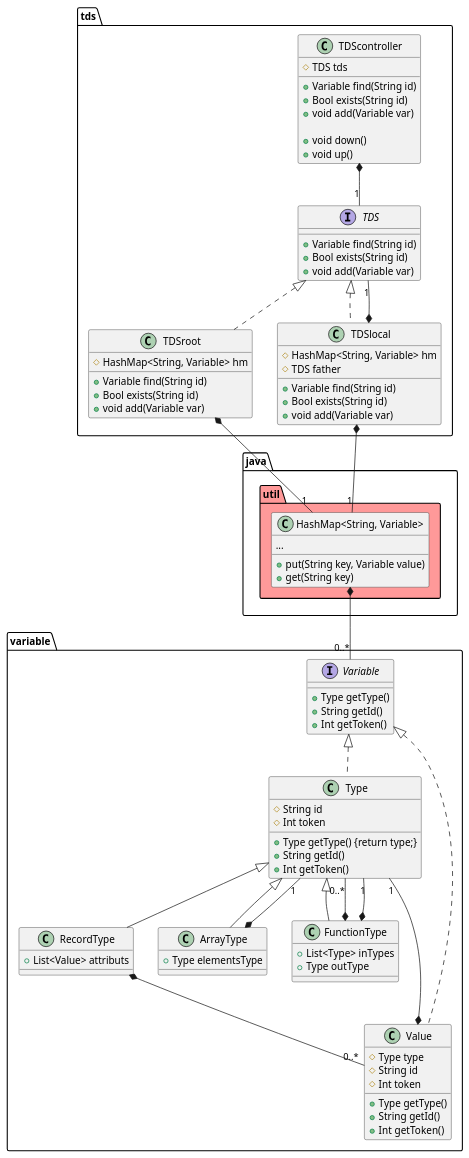
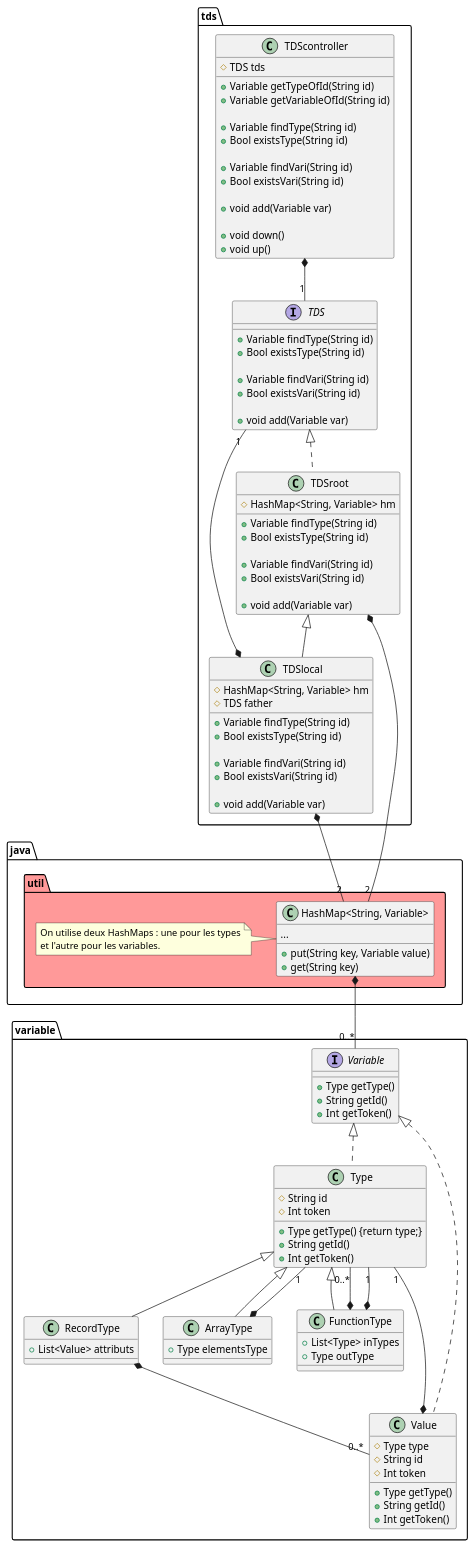
One commit to Tiger-compiler-team-2023/tiger-compiler changed the diagram in AntlrMavenProject/chaoscompiler/src/main/java/eu/tn/chaoscompiler/tdstool/README.figures/TDS.puml. Above: the diagram before and after it, drawn with PlantUML. The commit also changed 6 other files, not shown here.

Commit message:
[EDIT] Concetpion et implémentation de la TDS pour pouvoir avoir un Type et une Variable avec le même identifiant

```diff
--- a/AntlrMavenProject/chaoscompiler/src/main/java/eu/tn/chaoscompiler/tdstool/README.figures/TDS.puml
+++ b/AntlrMavenProject/chaoscompiler/src/main/java/eu/tn/chaoscompiler/tdstool/README.figures/TDS.puml
@@ -1,96 +1,117 @@
 @startuml
 
 package tds {
 
   class TDScontroller {
     #TDS tds
-    +Variable find(String id)
-    +Bool exists(String id)
+    +Variable getTypeOfId(String id)
+    +Variable getVariableOfId(String id)
+
+    +Variable findType(String id)
+    +Bool existsType(String id)
+
+    +Variable findVari(String id)
+    +Bool existsVari(String id)
+
     +void add(Variable var)
 
     +void down()
     +void up()
   }
 
   interface TDS {
-    +Variable find(String id)
-    +Bool exists(String id)
+    +Variable findType(String id)
+    +Bool existsType(String id)
+
+    +Variable findVari(String id)
+    +Bool existsVari(String id)
+
     +void add(Variable var)
   }
 
   class TDSroot implements TDS {
     #HashMap<String, Variable> hm
-    +Variable find(String id)
-    +Bool exists(String id)
+    +Variable findType(String id)
+    +Bool existsType(String id)
+
+    +Variable findVari(String id)
+    +Bool existsVari(String id)
+    
     +void add(Variable var)
   }
 
-  class TDSlocal implements TDS {
+  class TDSlocal extends TDSroot {
     #HashMap<String, Variable> hm
     #TDS father
-    +Variable find(String id)
-    +Bool exists(String id)
+    +Variable findType(String id)
+    +Bool existsType(String id)
+
+    +Variable findVari(String id)
+    +Bool existsVari(String id)
+    
     +void add(Variable var)
   }
 }
 
 package variable {
 
   Interface Variable {
     +Type getType()
     +String getId()
     +Int getToken()
   }
 
   class Type implements Variable {
     #String id
     #Int token
 
     +Type getType() {return type;}
     +String getId()
     +Int getToken()
   }
 
   class RecordType extends Type {
     +List<Value> attributs
   }
 
   class ArrayType extends Type {
     +Type elementsType
   }
 
   class FunctionType extends Type {
     +List<Type> inTypes
     +Type outType
   }
 
   class Value implements Variable {
     #Type type
     #String id
     #Int token
 
     +Type getType()
     +String getId()
     +Int getToken()
   }
 }
 
 package java.util #ff9999 {
+  class "HashMap<String, Variable>"
+  note left: On utilise deux HashMaps : une pour les types\net l'autre pour les variables.
   class "HashMap<String, Variable>" {
     ...
     +put(String key, Variable value)
     +get(String key)
   }
 }
 
 TDScontroller *--"1" TDS
 TDSlocal *--"1" TDS
-TDSlocal *--"1" "HashMap<String, Variable>"
-TDSroot *--"1" "HashMap<String, Variable>"
+TDSlocal *--"2" "HashMap<String, Variable>"
+TDSroot *--"2" "HashMap<String, Variable>"
 "HashMap<String, Variable>" *--"0..*" Variable
 Value *--"1" Type
 RecordType *--"0..*" Value
 ArrayType *--"1" Type
 FunctionType *--"0..*" Type
 FunctionType *--"1" Type
 @enduml
```
